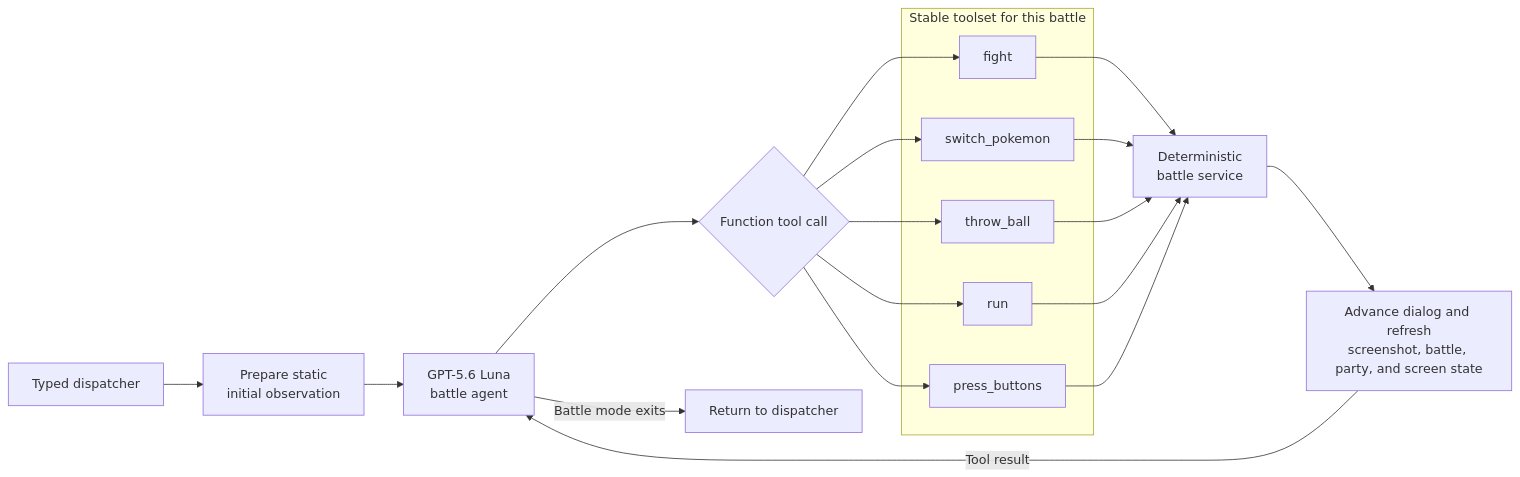
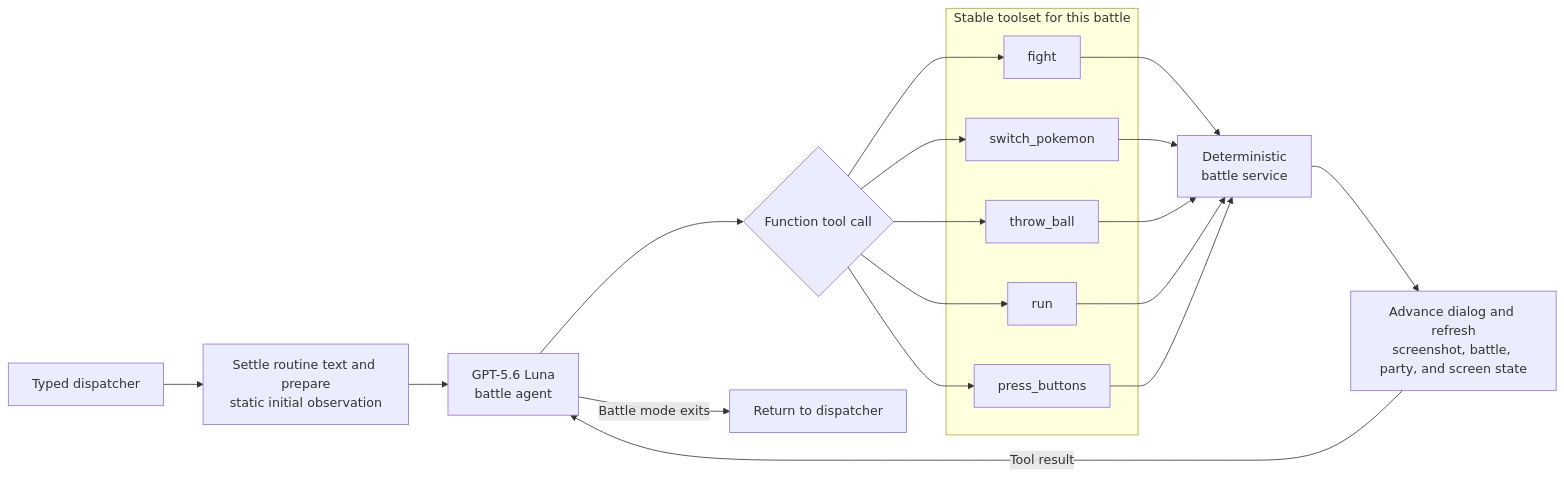
The third of 4 diagrams in docs/workflow.md (clambro/ai-plays-pokemon), drawn with Mermaid before and after one commit. The commit also changed other lines of this file and 24 other files, not shown here.

First line of the commit message:
Settle routine dialog inside agent actions (#106)

````diff
--- a/docs/workflow.md
+++ b/docs/workflow.md
@@ -142,30 +142,30 @@
 ```mermaid
 flowchart LR
-    dispatch["Typed dispatcher"] --> prepare["Prepare static<br/>initial observation"]
+    dispatch["Typed dispatcher"] --> prepare["Settle routine text and prepare<br/>static initial observation"]
     prepare --> agent["GPT-5.6 Luna<br/>battle agent"]
     agent --> choice{"Function tool call"}
 
     subgraph toolset["Stable toolset for this battle"]
         fight["fight"]
         switch["switch_pokemon"]
         ball["throw_ball"]
         run["run"]
         buttons["press_buttons"]
     end
 
     choice --> fight
     choice --> switch
     choice --> ball
     choice --> run
     choice --> buttons
 
     fight --> service["Deterministic<br/>battle service"]
     switch --> service
     ball --> service
     run --> service
     buttons --> service
 
     service --> observe["Advance dialog and refresh<br/>screenshot, battle, party, and screen state"]
     observe -->|"Tool result"| agent
     agent -->|"Battle mode exits"| finish["Return to dispatcher"]
 ```
````
